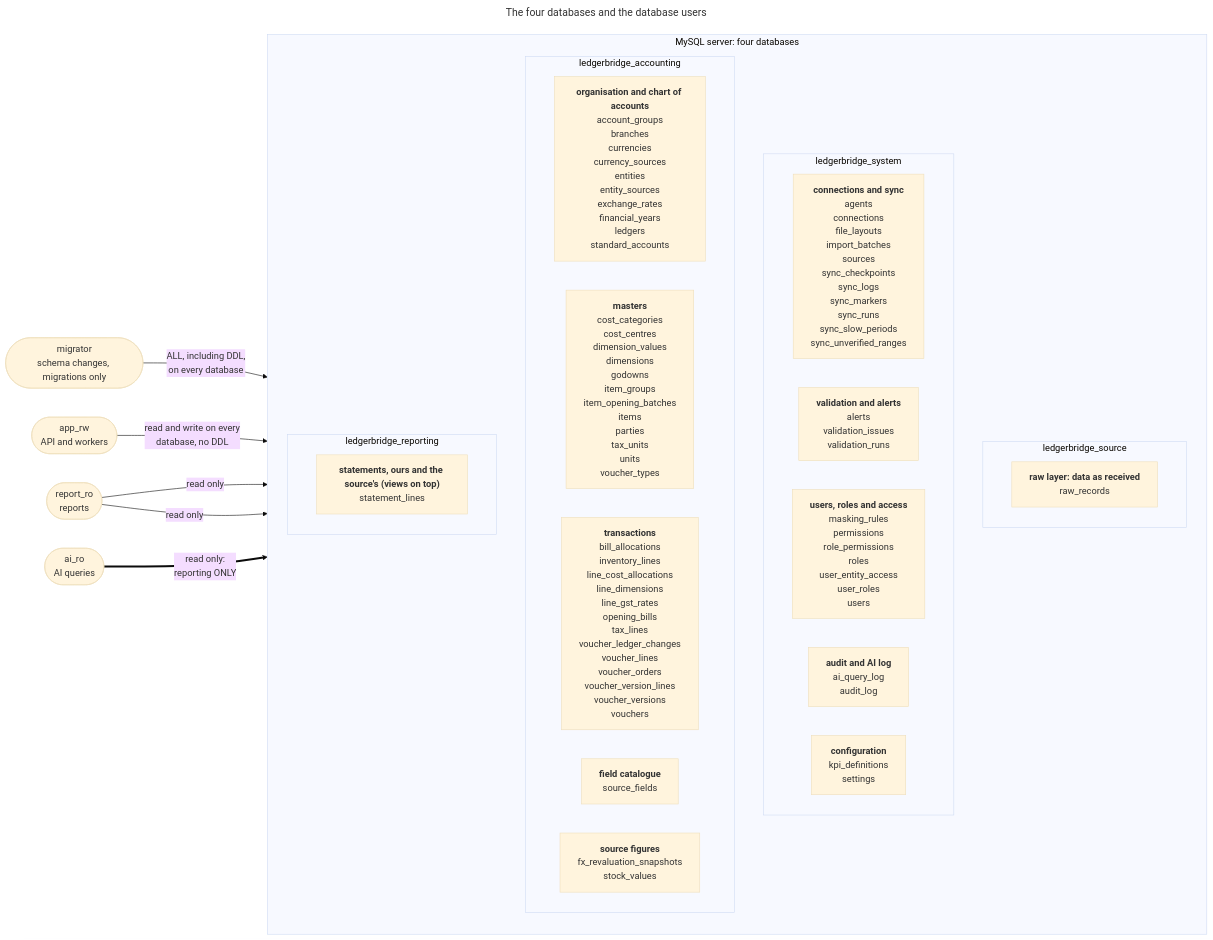
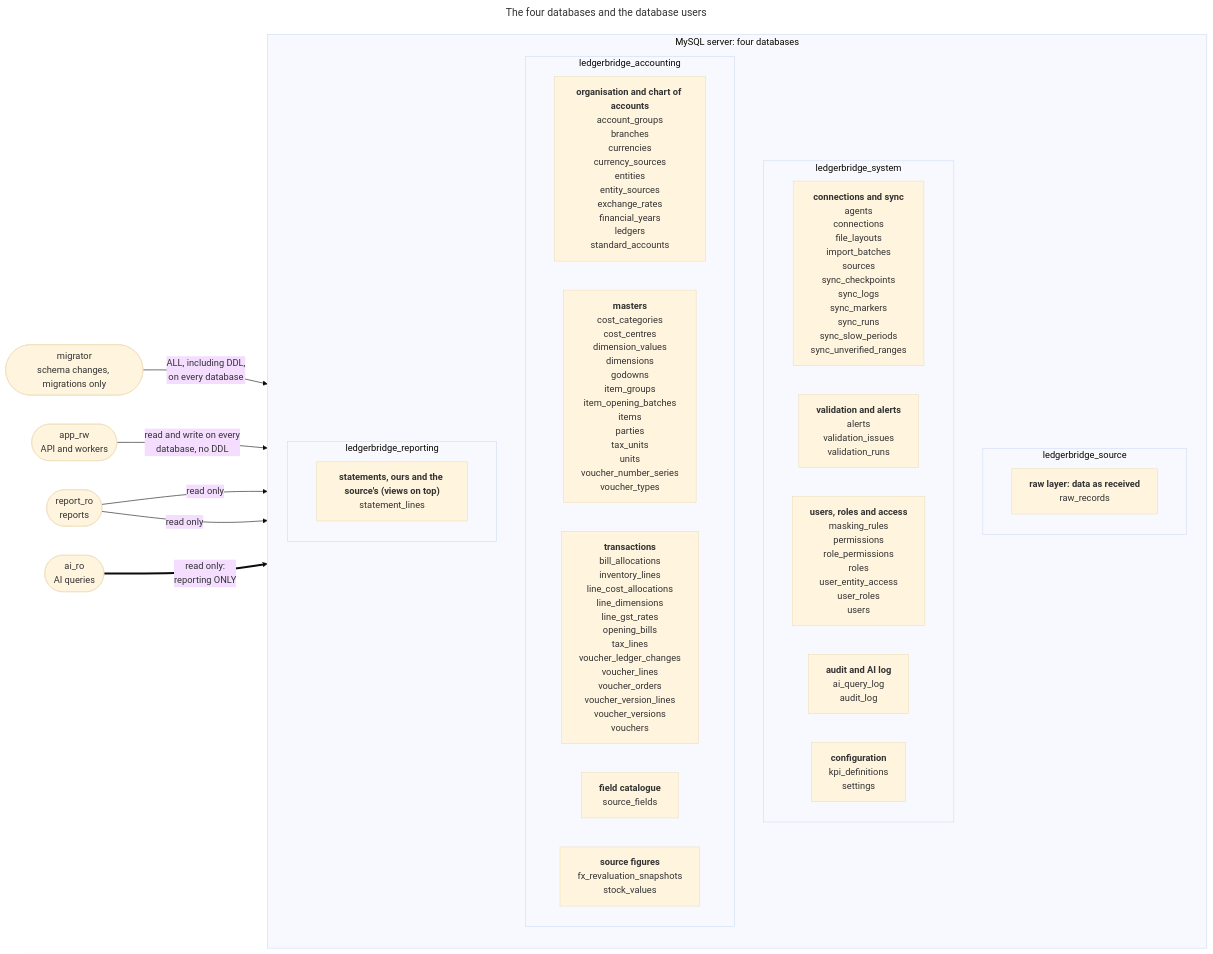
One commit to empirical-logic-2026/ledgerbridge changed the diagram in docs/diagrams/schema-databases.mmd. Above: the diagram before and after it, drawn with Mermaid (base theme). The commit also changed 23 other files, not shown here.

```diff
--- a/docs/diagrams/schema-databases.mmd
+++ b/docs/diagrams/schema-databases.mmd
@@ -1,38 +1,38 @@
 ---
 title: "The four databases and the database users"
 ---
 %% Generated by `python -m devtools.diagrams` from core/models: don't edit by hand.
 flowchart LR
     migrator(["migrator<br/>schema changes, migrations only"])
     app_rw(["app_rw<br/>API and workers"])
     report_ro(["report_ro<br/>reports"])
     ai_ro(["ai_ro<br/>AI queries"])
     subgraph mysql["MySQL server: four databases"]
     direction TB
     subgraph ledgerbridge_source["ledgerbridge_source"]
         ledgerbridge_source_1["<b>raw layer: data as received</b><br/>raw_records"]
     end
     subgraph ledgerbridge_system["ledgerbridge_system"]
         ledgerbridge_system_1["<b>connections and sync</b><br/>agents<br/>connections<br/>file_layouts<br/>import_batches<br/>sources<br/>sync_checkpoints<br/>sync_logs<br/>sync_markers<br/>sync_runs<br/>sync_slow_periods<br/>sync_unverified_ranges"]
         ledgerbridge_system_2["<b>validation and alerts</b><br/>alerts<br/>validation_issues<br/>validation_runs"]
         ledgerbridge_system_3["<b>users, roles and access</b><br/>masking_rules<br/>permissions<br/>role_permissions<br/>roles<br/>user_entity_access<br/>user_roles<br/>users"]
         ledgerbridge_system_4["<b>audit and AI log</b><br/>ai_query_log<br/>audit_log"]
         ledgerbridge_system_5["<b>configuration</b><br/>kpi_definitions<br/>settings"]
     end
     subgraph ledgerbridge_accounting["ledgerbridge_accounting"]
         ledgerbridge_accounting_1["<b>organisation and chart of accounts</b><br/>account_groups<br/>branches<br/>currencies<br/>currency_sources<br/>entities<br/>entity_sources<br/>exchange_rates<br/>financial_years<br/>ledgers<br/>standard_accounts"]
-        ledgerbridge_accounting_2["<b>masters</b><br/>cost_categories<br/>cost_centres<br/>dimension_values<br/>dimensions<br/>godowns<br/>item_groups<br/>item_opening_batches<br/>items<br/>parties<br/>tax_units<br/>units<br/>voucher_types"]
+        ledgerbridge_accounting_2["<b>masters</b><br/>cost_categories<br/>cost_centres<br/>dimension_values<br/>dimensions<br/>godowns<br/>item_groups<br/>item_opening_batches<br/>items<br/>parties<br/>tax_units<br/>units<br/>voucher_number_series<br/>voucher_types"]
         ledgerbridge_accounting_3["<b>transactions</b><br/>bill_allocations<br/>inventory_lines<br/>line_cost_allocations<br/>line_dimensions<br/>line_gst_rates<br/>opening_bills<br/>tax_lines<br/>voucher_ledger_changes<br/>voucher_lines<br/>voucher_orders<br/>voucher_version_lines<br/>voucher_versions<br/>vouchers"]
         ledgerbridge_accounting_4["<b>field catalogue</b><br/>source_fields"]
         ledgerbridge_accounting_5["<b>source figures</b><br/>fx_revaluation_snapshots<br/>stock_values"]
     end
     subgraph ledgerbridge_reporting["ledgerbridge_reporting"]
         ledgerbridge_reporting_1["<b>statements, ours and the source's (views on top)</b><br/>statement_lines"]
     end
     end
     migrator -->|"ALL, including DDL,<br/>on every database"| mysql
     app_rw -->|"read and write on every<br/>database, no DDL"| mysql
     report_ro -->|"read only"| ledgerbridge_accounting
     report_ro -->|"read only"| ledgerbridge_reporting
     ai_ro ==>|"read only:<br/>reporting ONLY"| ledgerbridge_reporting
     classDef planned fill:#f3f4f6,stroke:#9ca3af,stroke-dasharray:5 5,color:#4b5563
```
